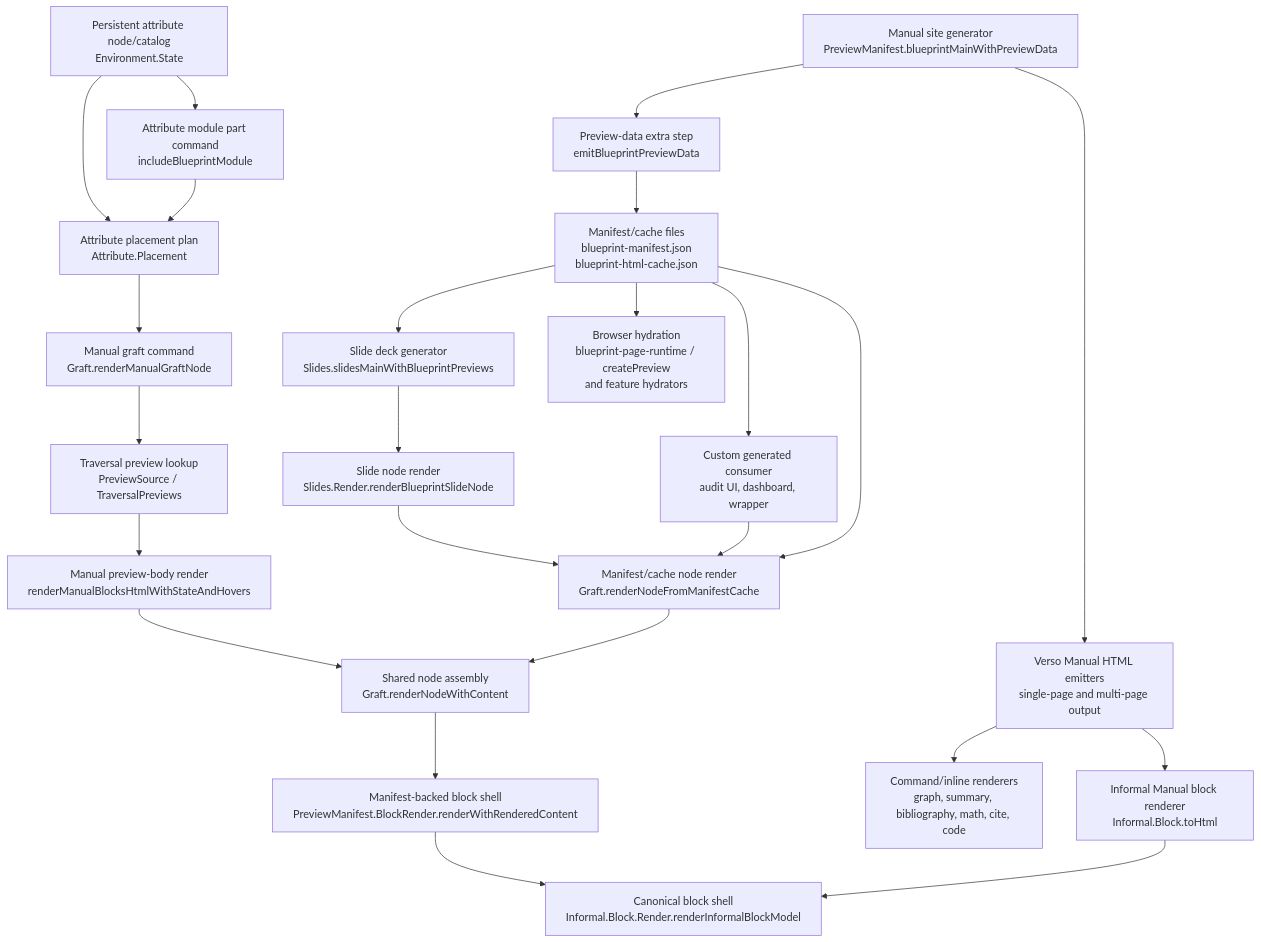
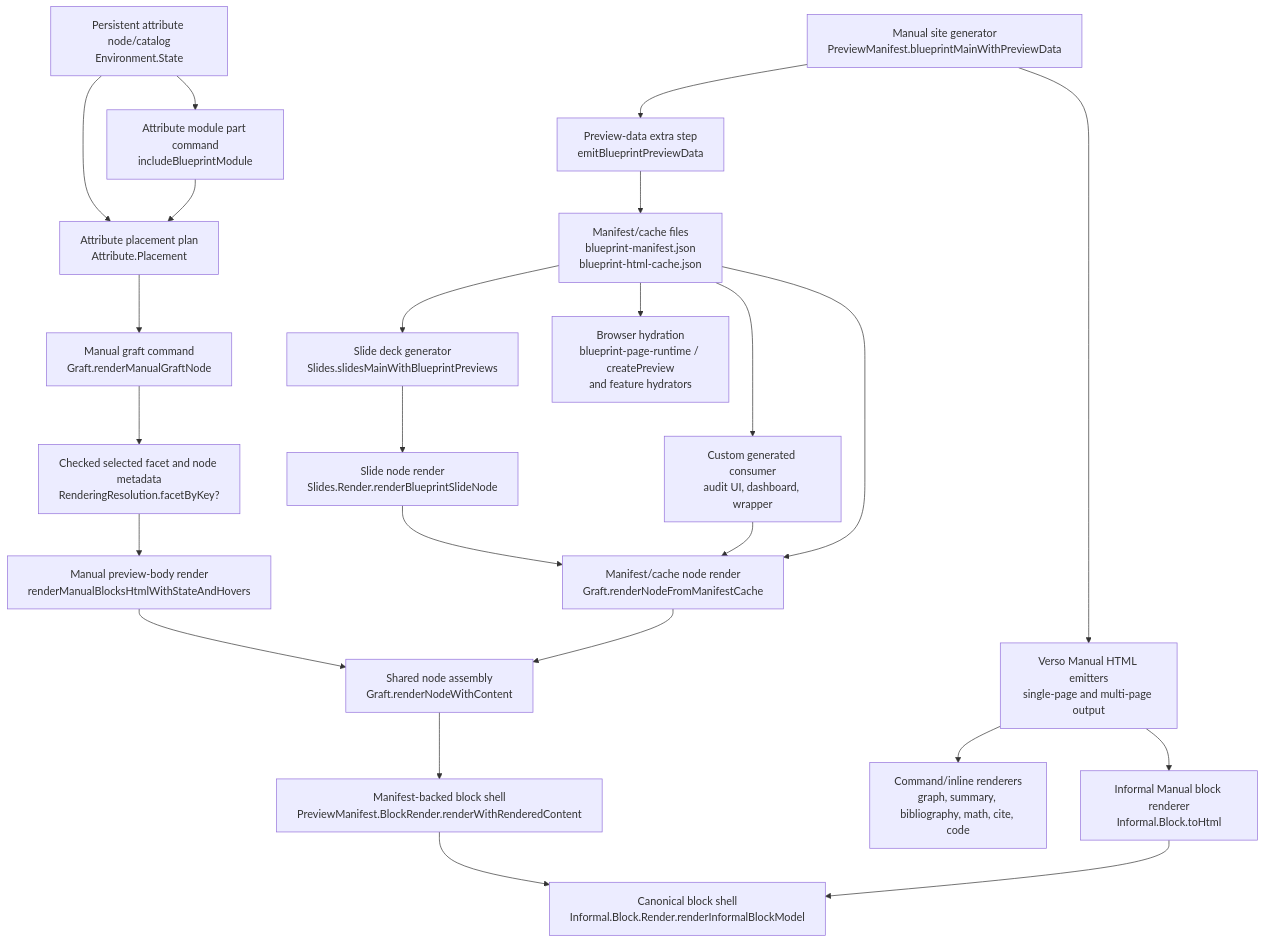
The third of 3 diagrams in doc/DESIGN_RATIONALE.md (leanprover/verso-blueprint), drawn with Mermaid before and after one commit. The commit also changed other lines of this file and 9 other files, not shown here.

Commit message:
refactor: share selected-facet resolution with grafts and manifests

````diff
--- a/doc/DESIGN_RATIONALE.md
+++ b/doc/DESIGN_RATIONALE.md
@@ -545,51 +554,51 @@
 ```mermaid
 flowchart TD
   manualMain["Manual site generator<br/>PreviewManifest.blueprintMainWithPreviewData"]
   versoEmit["Verso Manual HTML emitters<br/>single-page and multi-page output"]
   informalManual["Informal Manual block renderer<br/>Informal.Block.toHtml"]
   commandRenderers["Command/inline renderers<br/>graph, summary, bibliography, math, cite, code"]
   previewExtra["Preview-data extra step<br/>emitBlueprintPreviewData"]
   previewFiles["Manifest/cache files<br/>blueprint-manifest.json<br/>blueprint-html-cache.json"]
 
   attributeEnv["Persistent attribute node/catalog<br/>Environment.State"]
   moduleInclude["Attribute module part command<br/>includeBlueprintModule"]
   attributePlacement["Attribute placement plan<br/>Attribute.Placement"]
   manualGraft["Manual graft command<br/>Graft.renderManualGraftNode"]
-  traversalPreview["Traversal preview lookup<br/>PreviewSource / TraversalPreviews"]
+  traversalPreview["Checked selected facet and node metadata<br/>RenderingResolution.facetByKey?"]
   manualPreviewHtml["Manual preview-body render<br/>renderManualBlocksHtmlWithStateAndHovers"]
 
   slideMain["Slide deck generator<br/>Slides.slidesMainWithBlueprintPreviews"]
   slideRender["Slide node render<br/>Slides.Render.renderBlueprintSlideNode"]
   customRender["Custom generated consumer<br/>audit UI, dashboard, wrapper"]
   graftCache["Manifest/cache node render<br/>Graft.renderNodeFromManifestCache"]
   graftContent["Shared node assembly<br/>Graft.renderNodeWithContent"]
   manifestBlock["Manifest-backed block shell<br/>PreviewManifest.BlockRender.renderWithRenderedContent"]
   blockShell["Canonical block shell<br/>Informal.Block.Render.renderInformalBlockModel"]
   browserRuntime["Browser hydration<br/>blueprint-page-runtime / createPreview<br/>and feature hydrators"]
 
   manualMain --> versoEmit
   versoEmit --> informalManual
   versoEmit --> commandRenderers
   manualMain --> previewExtra
   previewExtra --> previewFiles
 
   attributeEnv --> moduleInclude
   attributeEnv --> attributePlacement
   moduleInclude --> attributePlacement
   attributePlacement --> manualGraft
   manualGraft --> traversalPreview
   traversalPreview --> manualPreviewHtml
   manualPreviewHtml --> graftContent
 
   previewFiles --> slideMain
   slideMain --> slideRender
   slideRender --> graftCache
   previewFiles --> customRender
   customRender --> graftCache
   previewFiles --> graftCache
   graftCache --> graftContent
   graftContent --> manifestBlock
   manifestBlock --> blockShell
   informalManual --> blockShell
   previewFiles --> browserRuntime
 ```
````
